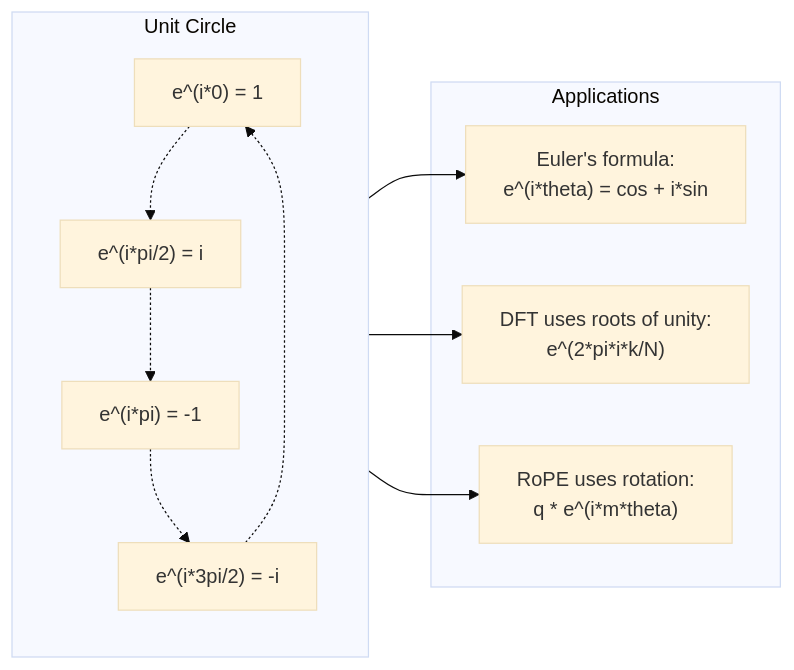
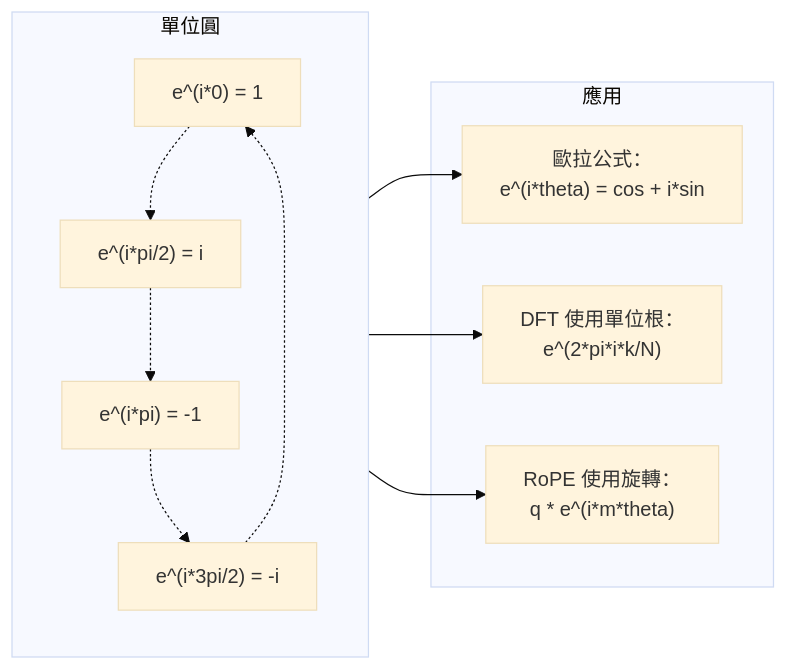
Before and after one commit to edward821220/ai-engineering-from-scratch: the second of 2 diagrams in i18n/zh-TW/phases/01-math-foundations/19-complex-numbers/docs/zh-TW.md, drawn with Mermaid (base theme). The commit also changed other lines of this file and 123 other files, not shown here.

````diff
--- a/i18n/zh-TW/phases/01-math-foundations/19-complex-numbers/docs/zh-TW.md
+++ b/i18n/zh-TW/phases/01-math-foundations/19-complex-numbers/docs/zh-TW.md
@@ -251,18 +251,18 @@
 ```mermaid
 graph LR
-    subgraph "Unit Circle"
+    subgraph "單位圓"
         direction TB
         U1["e^(i*0) = 1"] -.-> U2["e^(i*pi/2) = i"]
         U2 -.-> U3["e^(i*pi) = -1"]
         U3 -.-> U4["e^(i*3pi/2) = -i"]
         U4 -.-> U1
     end
-    subgraph "Applications"
-        A1["Euler's formula:<br/>e^(i*theta) = cos + i*sin"]
-        A2["DFT uses roots of unity:<br/>e^(2*pi*i*k/N)"]
-        A3["RoPE uses rotation:<br/>q * e^(i*m*theta)"]
+    subgraph "應用"
+        A1["歐拉公式：<br/>e^(i*theta) = cos + i*sin"]
+        A2["DFT 使用單位根：<br/>e^(2*pi*i*k/N)"]
+        A3["RoPE 使用旋轉：<br/>q * e^(i*m*theta)"]
     end
     U1 --> A1
     U1 --> A2
     U1 --> A3
 ```
````
